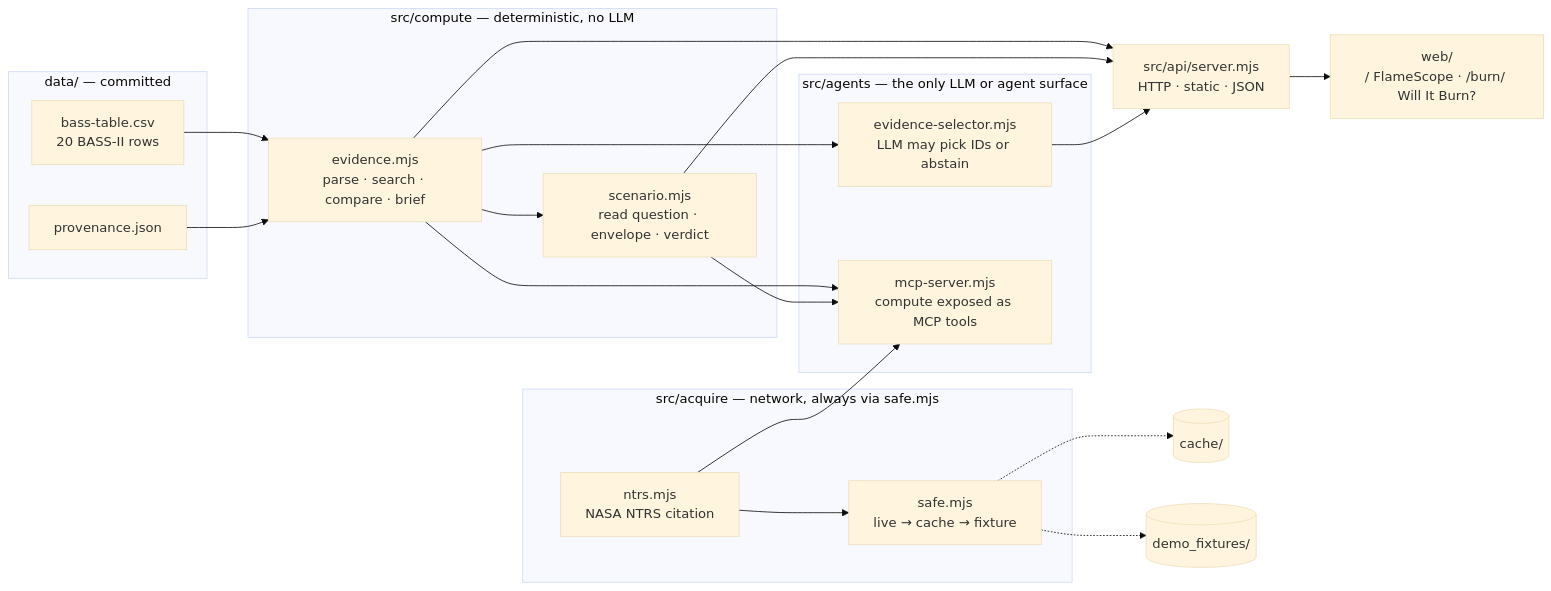
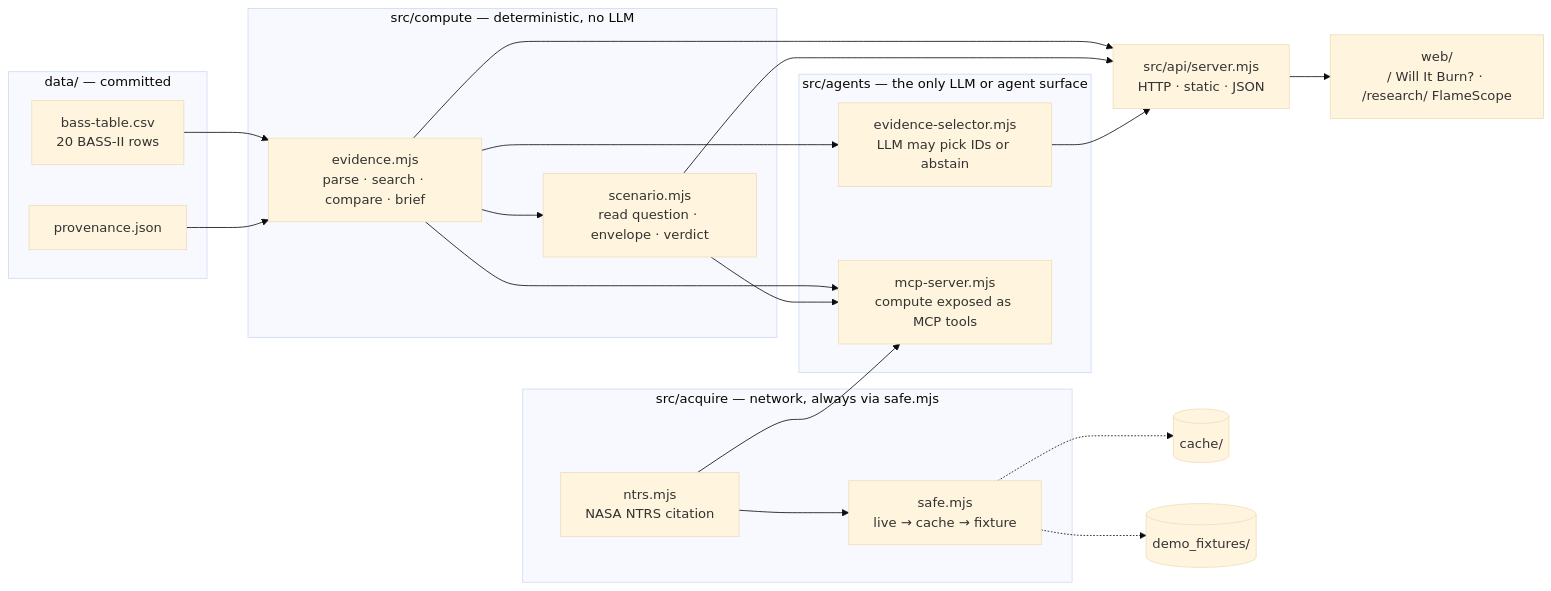
One commit to ShuvroShimuL/FlameScope changed the diagram in docs/planning/architecture.md. Above: the diagram before and after it, drawn with Mermaid (base theme). The commit also changed other lines of this file and 23 other files, not shown here.

First line of the commit message:
Make Will It Burn? the home page; add feature list

````diff
--- a/docs/planning/architecture.md
+++ b/docs/planning/architecture.md
@@ -5,35 +5,35 @@
 ```mermaid
 flowchart LR
   subgraph acquire["src/acquire — network, always via safe.mjs"]
     SAFE["safe.mjs<br/>live → cache → fixture"]
     NTRS["ntrs.mjs<br/>NASA NTRS citation"]
   end
   subgraph data["data/ — committed"]
     CSV["bass-table.csv<br/>20 BASS-II rows"]
     PROV["provenance.json"]
   end
   subgraph compute["src/compute — deterministic, no LLM"]
     EV["evidence.mjs<br/>parse · search · compare · brief"]
     SC["scenario.mjs<br/>read question · envelope · verdict"]
   end
   subgraph agents["src/agents — the only LLM or agent surface"]
     SEL["evidence-selector.mjs<br/>LLM may pick IDs or abstain"]
     MCP["mcp-server.mjs<br/>compute exposed as MCP tools"]
   end
   API["src/api/server.mjs<br/>HTTP · static · JSON"]
-  WEB["web/<br/>/ FlameScope · /burn/ Will It Burn?"]
+  WEB["web/<br/>/ Will It Burn? · /research/ FlameScope"]
 
   NTRS --> SAFE
   SAFE -.-> CACHE[(cache/)]
   SAFE -.-> FIX[(demo_fixtures/)]
   CSV --> EV --> SC
   PROV --> EV
   EV --> API
   SC --> API
   SEL --> API
   EV --> SEL
   EV --> MCP
   SC --> MCP
   NTRS --> MCP
   API --> WEB
 ```
````
